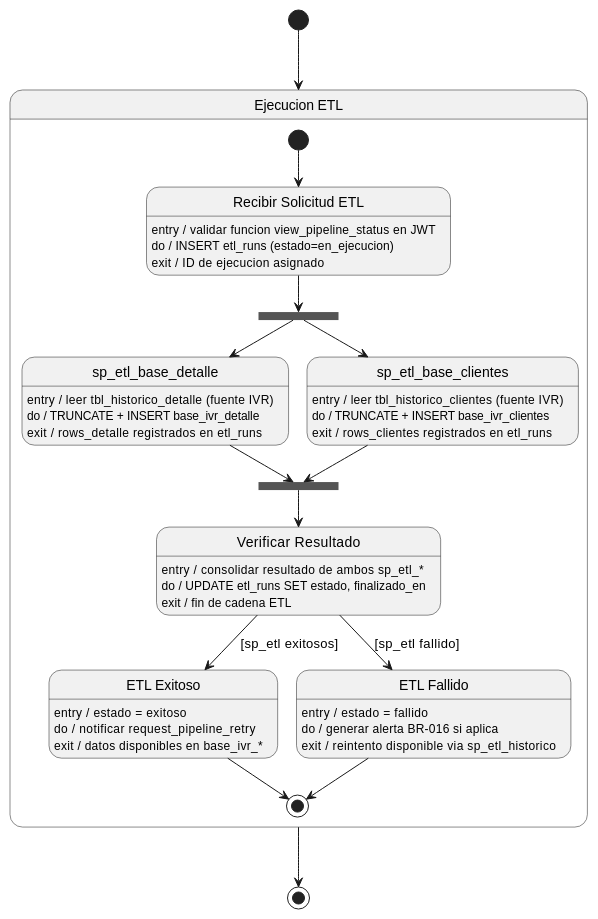
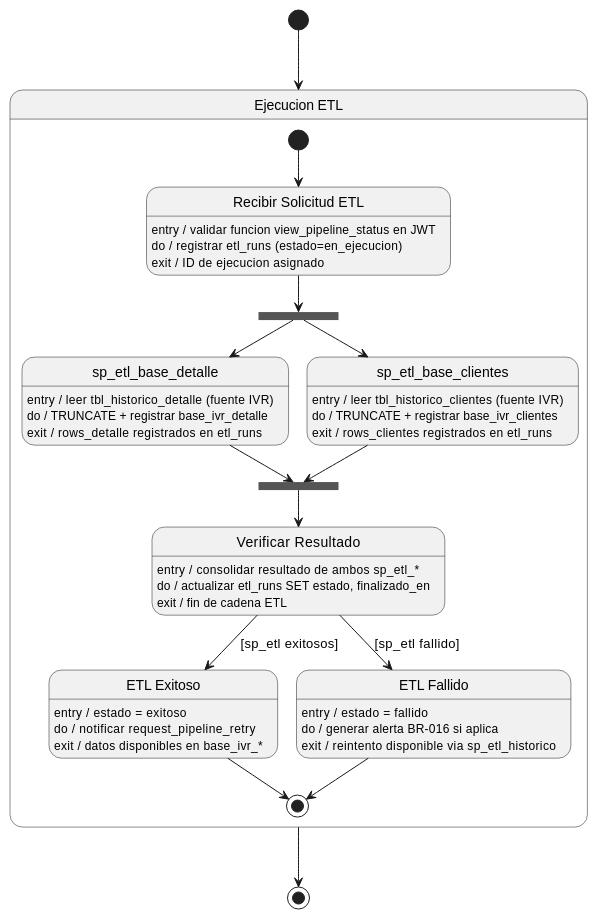
Before and after one commit to jcg-admin/IACT-docs: the diagram in source/arquitectura-tecnica/UMLSystemView/submaquina-etl.rst, drawn with PlantUML. The commit also changed 48 other files, not shown here.

```diff
--- a/source/arquitectura-tecnica/UMLSystemView/submaquina-etl.rst
+++ b/source/arquitectura-tecnica/UMLSystemView/submaquina-etl.rst
@@ -28,58 +28,58 @@
 .. uml::
  :caption: Figura 13 — Sub-maquina de estados: Ejecucion ETL
 
  @startuml
 
  state "Ejecucion ETL" as ETL_EXEC {
 
    state "Recibir Solicitud ETL" as S1
    S1 : entry / validar funcion view_pipeline_status en JWT
-   S1 : do / INSERT etl_runs (estado=en_ejecucion)
+   S1 : do / registrar etl_runs (estado=en_ejecucion)
    S1 : exit / ID de ejecucion asignado
 
    state fork_etl <<fork>>
 
    state "sp_etl_base_detalle" as S2A
    S2A : entry / leer tbl_historico_detalle (fuente IVR)
-   S2A : do / TRUNCATE + INSERT base_ivr_detalle
+   S2A : do / TRUNCATE + registrar base_ivr_detalle
    S2A : exit / rows_detalle registrados en etl_runs
 
    state "sp_etl_base_clientes" as S2B
    S2B : entry / leer tbl_historico_clientes (fuente IVR)
-   S2B : do / TRUNCATE + INSERT base_ivr_clientes
+   S2B : do / TRUNCATE + registrar base_ivr_clientes
    S2B : exit / rows_clientes registrados en etl_runs
 
    state join_etl <<join>>
 
    state "Verificar Resultado" as S3
    S3 : entry / consolidar resultado de ambos sp_etl_*
-   S3 : do / UPDATE etl_runs SET estado, finalizado_en
+   S3 : do / actualizar etl_runs SET estado, finalizado_en
    S3 : exit / fin de cadena ETL
 
    state "ETL Exitoso" as SUCC
    SUCC : entry / estado = exitoso
    SUCC : do / notificar request_pipeline_retry
    SUCC : exit / datos disponibles en base_ivr_*
 
    state "ETL Fallido" as ETLFallido
    ETLFallido : entry / estado = fallido
    ETLFallido : do / generar alerta BR-016 si aplica
    ETLFallido : exit / reintento disponible via sp_etl_historico
 
    [*] --> S1
    S1 --> fork_etl
    fork_etl --> S2A
    fork_etl --> S2B
    S2A --> join_etl
    S2B --> join_etl
    join_etl --> S3
    S3 --> SUCC : [sp_etl exitosos]
    S3 --> ETLFallido : [sp_etl fallido]
    SUCC --> [*]
    ETLFallido --> [*]
  }
 
  [*] --> ETL_EXEC
  ETL_EXEC --> [*]
 
  @enduml
```
